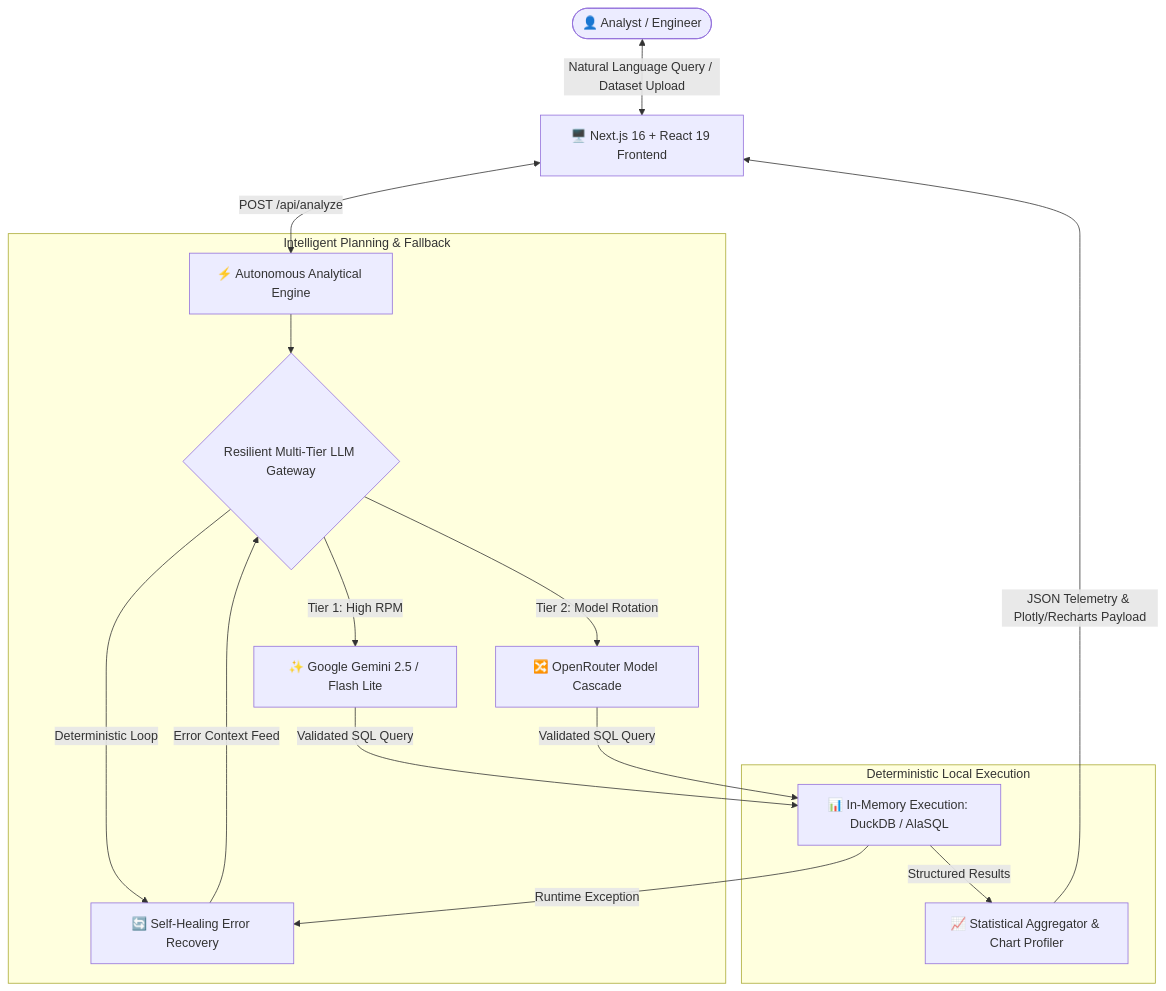
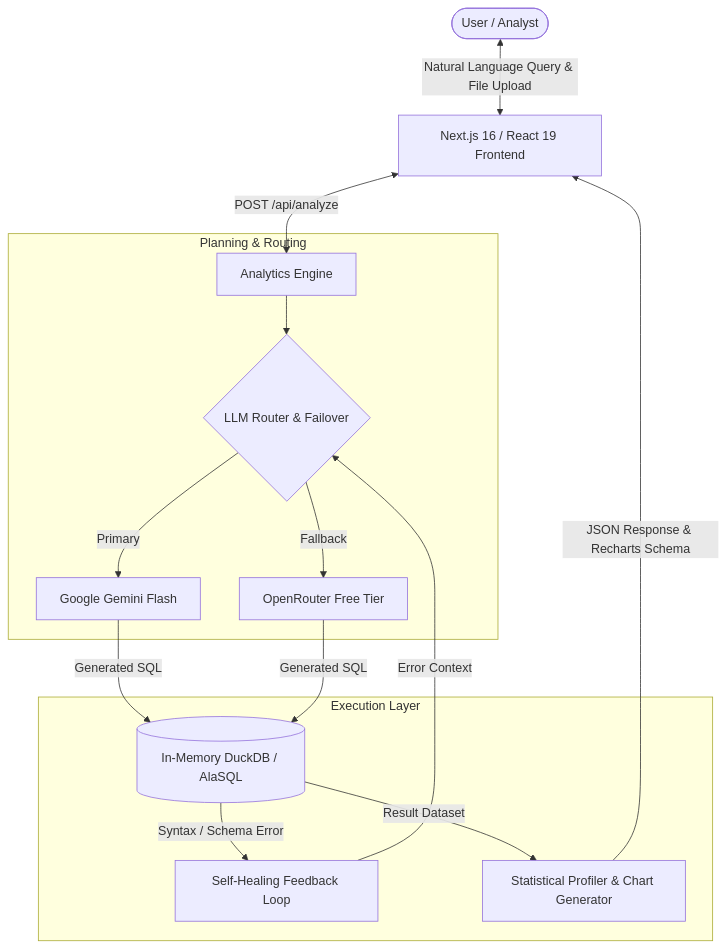
Before and after one commit to harkiratsinghh27-sketch/Datapilot-ai: the diagram in README.md, drawn with Mermaid. The commit also changed other lines of this file and 6 other files, not shown here.

````diff
--- a/README.md
+++ b/README.md
@@ -24,22 +26,21 @@
 ```mermaid
 flowchart TD
-    User([👤 Analyst / Engineer]) <-->|Natural Language Query / Dataset Upload| UI[🖥️ Next.js 16 + React 19 Frontend]
-    UI <-->|POST /api/analyze| Engine[⚡ Autonomous Analytical Engine]
+    User([User / Analyst]) <-->|Natural Language Query & File Upload| UI[Next.js 16 / React 19 Frontend]
+    UI <-->|POST /api/analyze| Engine[Analytics Engine]
 
-    subgraph "Intelligent Planning & Fallback"
-        Engine --> LLM_Cascade{Resilient Multi-Tier LLM Gateway}
-        LLM_Cascade -->|Tier 1: High RPM| Gemini[✨ Google Gemini 2.5 / Flash Lite]
-        LLM_Cascade -->|Tier 2: Model Rotation| OpenRouter[🔀 OpenRouter Model Cascade]
-        LLM_Cascade -->|Deterministic Loop| SelfHealing[🔄 Self-Healing Error Recovery]
+    subgraph "Planning & Routing"
+        Engine --> ModelCascade{LLM Router & Failover}
+        ModelCascade -->|Primary| Gemini[Google Gemini Flash]
+        ModelCascade -->|Fallback| OpenRouter[OpenRouter Free Tier]
     end
 
-    subgraph "Deterministic Local Execution"
-        Gemini -->|Validated SQL Query| SQL_Exec[📊 In-Memory Execution: DuckDB / AlaSQL]
-        OpenRouter -->|Validated SQL Query| SQL_Exec
-        SQL_Exec -->|Runtime Exception| SelfHealing
-        SelfHealing -->|Error Context Feed| LLM_Cascade
-        SQL_Exec -->|Structured Results| Formatter[📈 Statistical Aggregator & Chart Profiler]
+    subgraph "Execution Layer"
+        Gemini -->|Generated SQL| InMemDB[(In-Memory DuckDB / AlaSQL)]
+        OpenRouter -->|Generated SQL| InMemDB
+        InMemDB -->|Syntax / Schema Error| HealingLoop[Self-Healing Feedback Loop]
+        HealingLoop -->|Error Context| ModelCascade
+        InMemDB -->|Result Dataset| Aggregator[Statistical Profiler & Chart Generator]
     end
 
-    Formatter -->|JSON Telemetry & Plotly/Recharts Payload| UI
+    Aggregator -->|JSON Response & Recharts Schema| UI
 ```
````
